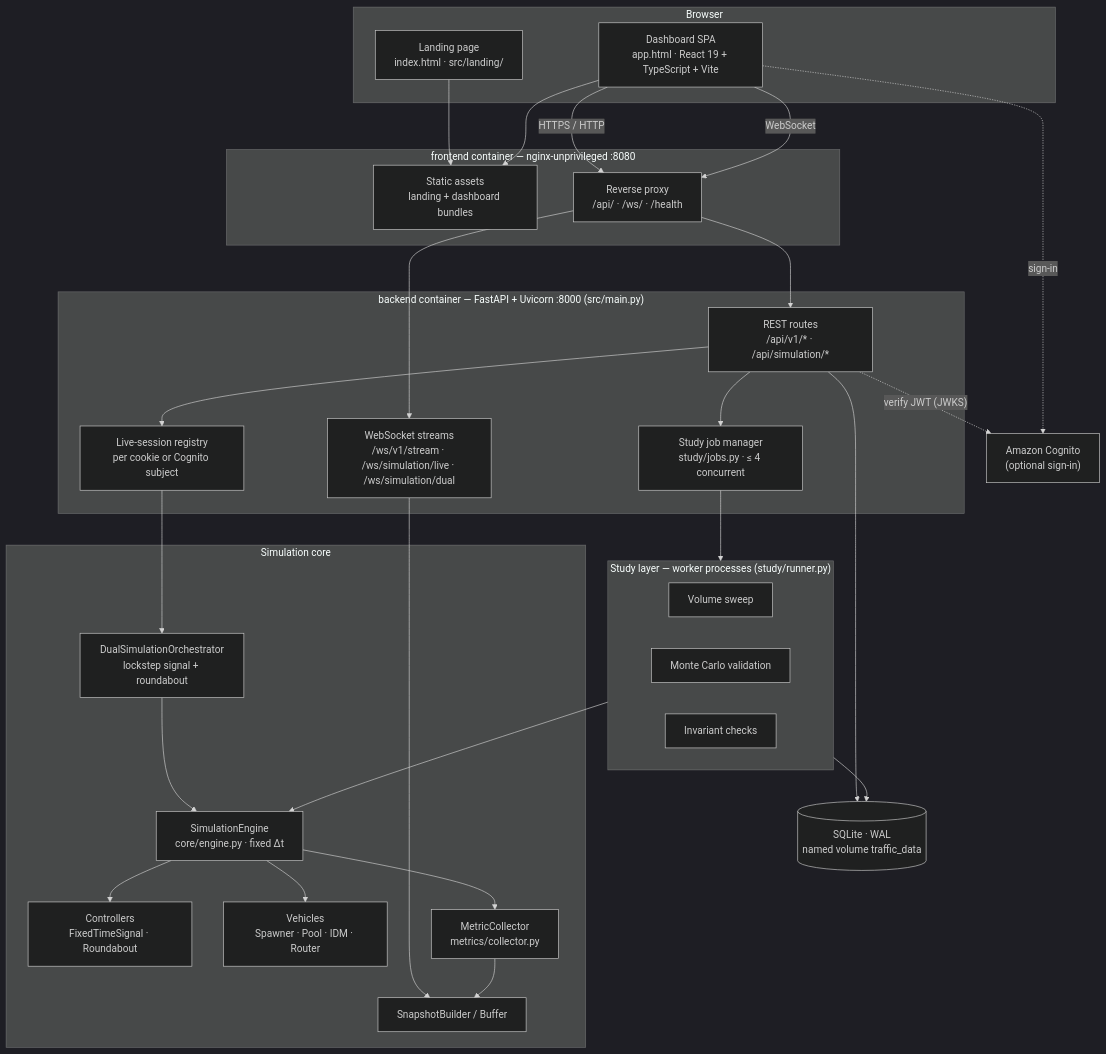
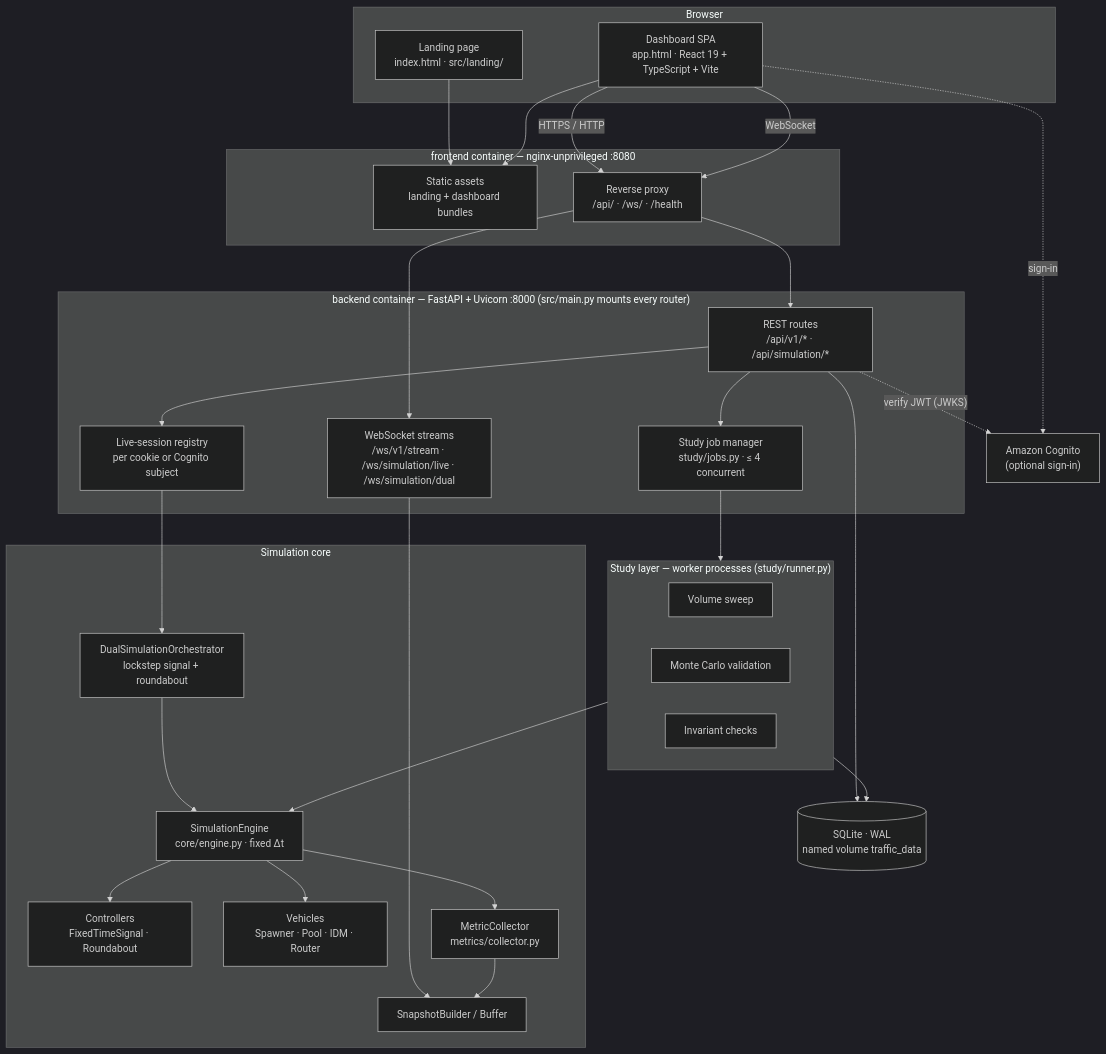
One commit to Viraj281105/Traffic-Simulation changed the first of 6 diagrams in docs/architecture/00-system-overview.md. Above: the diagram before and after it, drawn with Mermaid (dark theme). The commit also changed other lines of this file and 88 other files, not shown here.

````diff
--- a/docs/architecture/00-system-overview.md
+++ b/docs/architecture/00-system-overview.md
@@ -12,57 +12,57 @@
 ```mermaid
 flowchart TB
     subgraph Client["Browser"]
         L["Landing page<br/>index.html · src/landing/"]
         D["Dashboard SPA<br/>app.html · React 19 + TypeScript + Vite"]
     end
 
     subgraph Edge["frontend container — nginx-unprivileged :8080"]
         S["Static assets<br/>landing + dashboard bundles"]
         P["Reverse proxy<br/>/api/ · /ws/ · /health"]
     end
 
-    subgraph API["backend container — FastAPI + Uvicorn :8000 (src/main.py)"]
+    subgraph API["backend container — FastAPI + Uvicorn :8000 (src/main.py mounts every router)"]
         R["REST routes<br/>/api/v1/* · /api/simulation/*"]
         W["WebSocket streams<br/>/ws/v1/stream · /ws/simulation/live · /ws/simulation/dual"]
         J["Study job manager<br/>study/jobs.py · ≤ 4 concurrent"]
         SES["Live-session registry<br/>per cookie or Cognito subject"]
     end
 
     subgraph Core["Simulation core"]
         E["SimulationEngine<br/>core/engine.py · fixed Δt"]
         DO["DualSimulationOrchestrator<br/>lockstep signal + roundabout"]
         C["Controllers<br/>FixedTimeSignal · Roundabout"]
         V["Vehicles<br/>Spawner · Pool · IDM · Router"]
         M["MetricCollector<br/>metrics/collector.py"]
         SB["SnapshotBuilder / Buffer"]
     end
 
     subgraph Study["Study layer — worker processes (study/runner.py)"]
         VS["Volume sweep"]
         MC["Monte Carlo validation"]
         IC["Invariant checks"]
     end
 
     DB[("SQLite · WAL<br/>named volume traffic_data")]
     COG["Amazon Cognito<br/>(optional sign-in)"]
 
     L --> S
     D --> S
     D -- "HTTPS / HTTP" --> P
     D -- "WebSocket" --> P
     D -. "sign-in" .-> COG
     P --> R
     P --> W
     R --> SES --> DO
     R --> J --> Study
     W --> SB
     DO --> E
     E --> C
     E --> V
     E --> M
     M --> SB
     Study --> E
     R --> DB
     Study --> DB
     R -. "verify JWT (JWKS)" .-> COG
 ```
````
